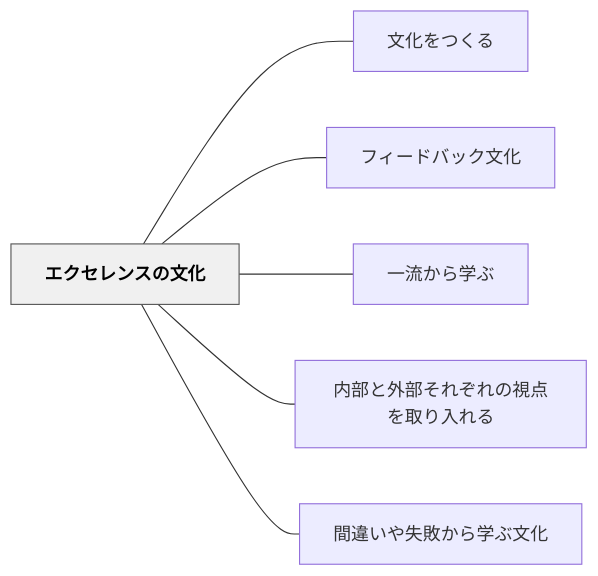
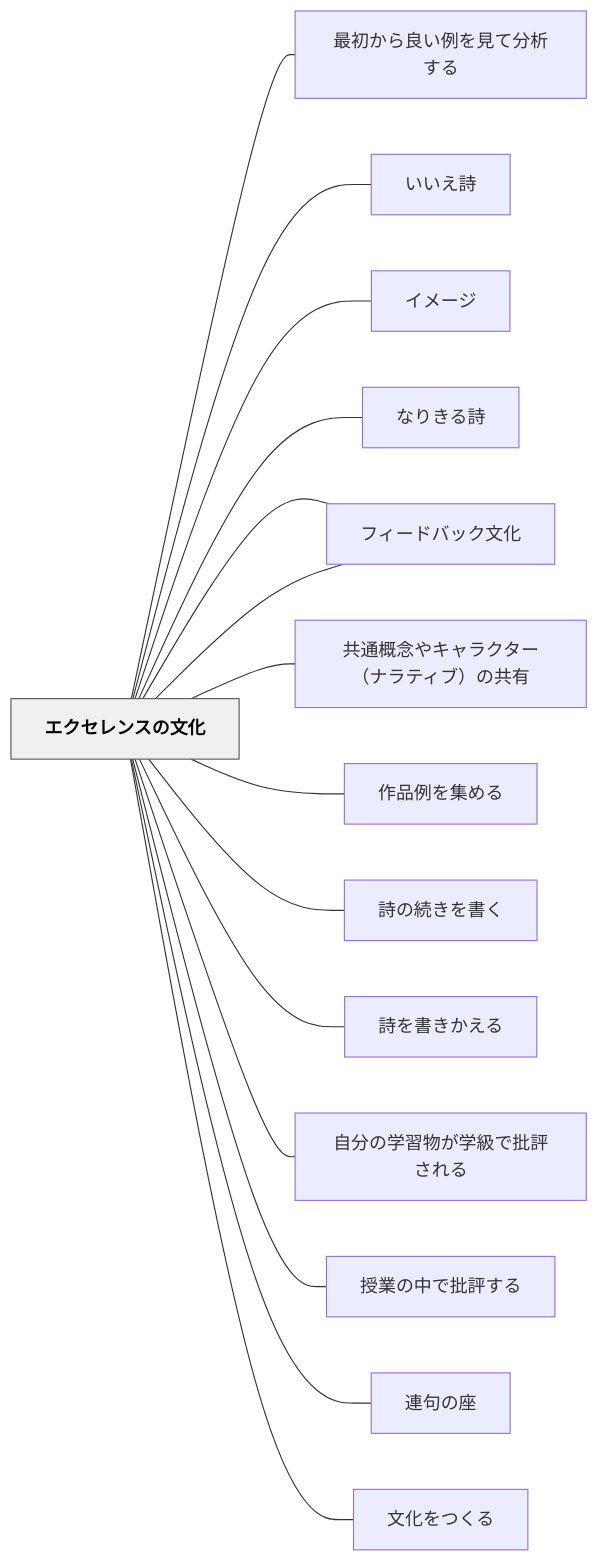
The diagram in content/パタン/エクセレンスの文化.md (unknownthings-ed-patterns/unknownthings-ed-patterns), drawn with Mermaid before and after one commit. The commit also changed other lines of this file and 473 other files, not shown here.

````diff
--- a/content/パタン/エクセレンスの文化.md
+++ b/content/パタン/エクセレンスの文化.md
@@ -54,18 +66,36 @@
 ```mermaid
 flowchart LR
     ne382a8e382af["エクセレンスの文化"]
+    ne69c80e5889d["最初から良い例を見て分析する"]
+    ne38184e38184["いいえ詩"]
+    ne382a4e383a1["イメージ"]
+    ne381aae3828a["なりきる詩"]
+    ne38395e382a3["フィードバック"]
+    ne585b1e9809a["共通概念やキャラクター（ナラティブ）の共有"]
+    ne4bd9ce59381["作品例を集める"]
+    ne8a9a9e381ae["詩の続きを書く"]
+    ne8a9a9e38292["詩を書きかえる"]
+    ne887aae58886["自分の学習物が学級で批評される"]
+    ne68e88e6a5ad["授業の中で批評する"]
+    ne980a3e58fa5["連句の座"]
     ne69687e58c96["文化をつくる"]
     ne38395e382a3["フィードバック文化"]
-    ne4b880e6b581["一流から学ぶ"]
-    ne58685e983a8["内部と外部それぞれの視点を取り入れる"]
-    ne99693e98195["間違いや失敗から学ぶ文化"]
 
+    ne382a8e382af --- ne69c80e5889d
+    ne382a8e382af --- ne38184e38184
+    ne382a8e382af --- ne382a4e383a1
+    ne382a8e382af --- ne381aae3828a
+    ne382a8e382af --- ne38395e382a3
+    ne382a8e382af --- ne585b1e9809a
+    ne382a8e382af --- ne4bd9ce59381
+    ne382a8e382af --- ne8a9a9e381ae
+    ne382a8e382af --- ne8a9a9e38292
+    ne382a8e382af --- ne887aae58886
+    ne382a8e382af --- ne68e88e6a5ad
+    ne382a8e382af --- ne980a3e58fa5
     ne382a8e382af --- ne69687e58c96
     ne382a8e382af --- ne38395e382a3
-    ne382a8e382af --- ne4b880e6b581
-    ne382a8e382af --- ne58685e983a8
-    ne382a8e382af --- ne99693e98195
 
     classDef hub fill:#f0f0f0,stroke:#555,color:#000,font-weight:bold
     class ne382a8e382af hub
 ```
````
